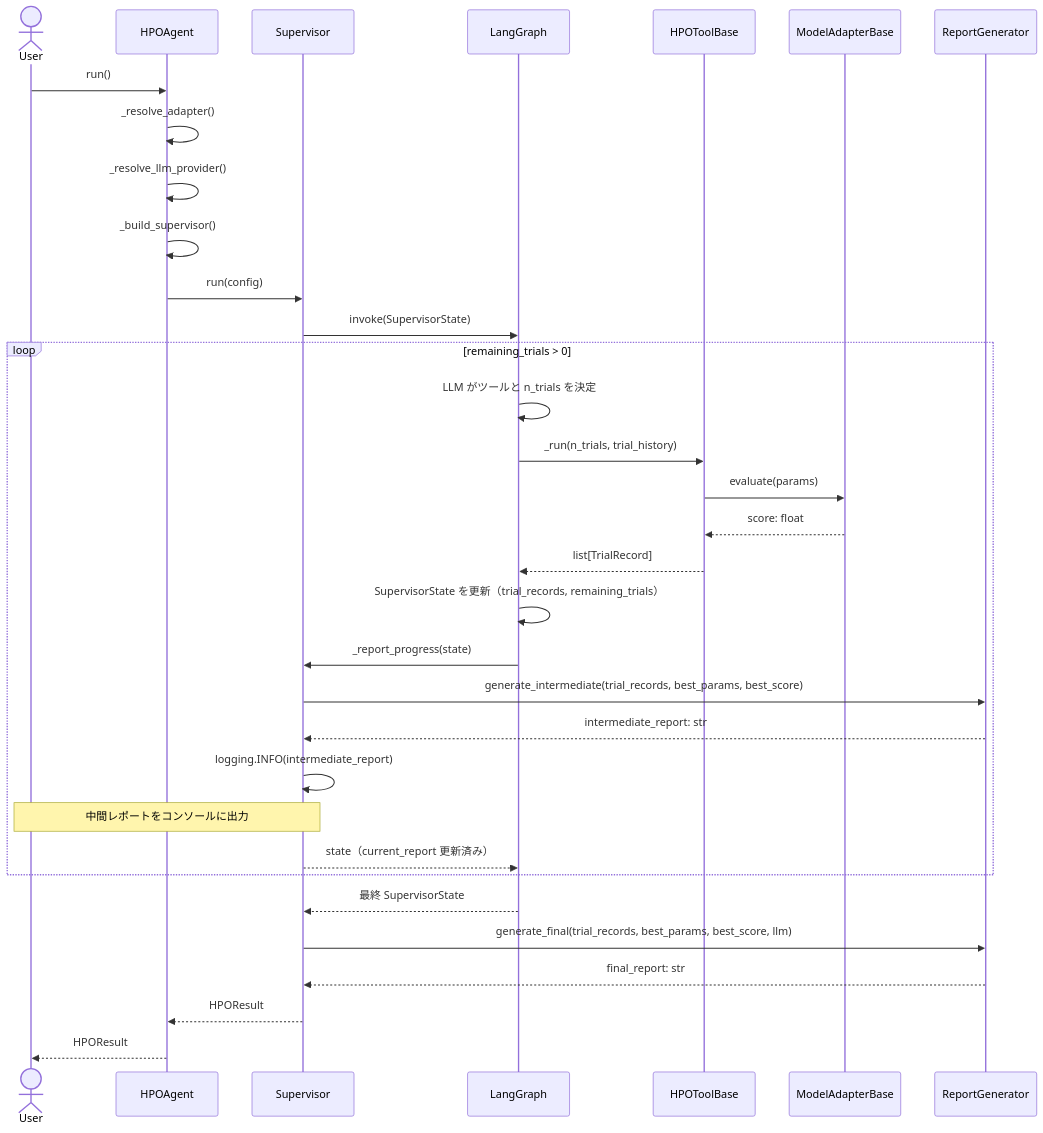
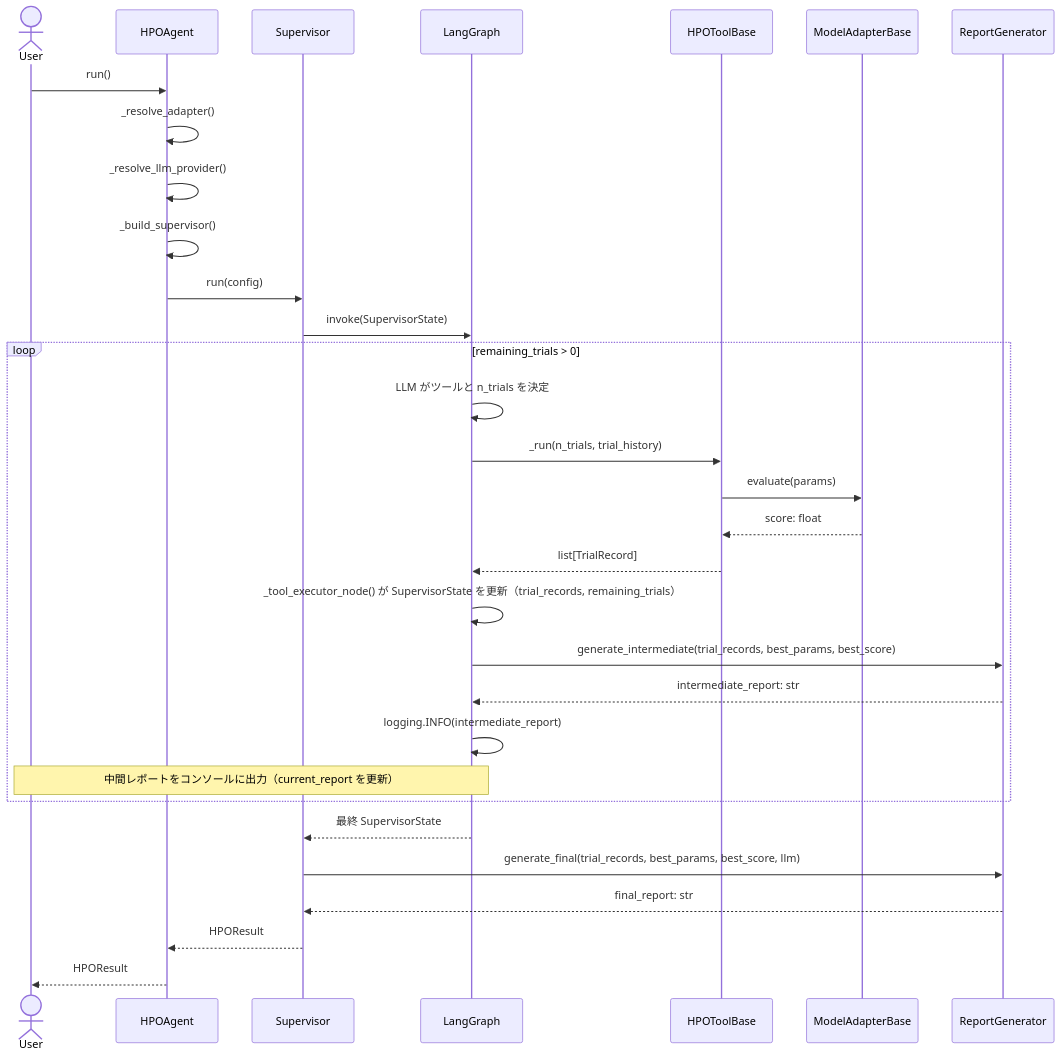
One commit to usha-takeshige/HPO-Agent changed the first of 3 diagrams in doc/impl_design.md. Above: the diagram before and after it, drawn with Mermaid. The commit also changed other lines of this file and 1 other file, not shown here.

Commit message:
docs: align impl/adapter design docs with actual implementation
- model_adapter_design.md §3-1: update param space resolution rule to
  reflect LLM auto-generation via HPOAgent._generate_param_space()
  instead of ModelAdapterBase.get_default_param_space()
- model_adapter_design.md §4-2: replace hardcoded 8-param default table
  with a note that LightGBMAdapter delegates to LLM auto-generation
- impl_design.md: replace non-existent _report_progress() method with
  actual _tool_executor_node() in class definition, sequence diagram,
  data flow diagram, Mermaid class diagram, and implementation notes

````diff
--- a/doc/impl_design.md
+++ b/doc/impl_design.md
@@ -555,38 +555,36 @@
 ```mermaid
 sequenceDiagram
     actor User
     participant HPOAgent
     participant Supervisor
     participant LangGraph
     participant HPOToolBase
     participant ModelAdapterBase
     participant ReportGenerator
 
     User->>HPOAgent: run()
     HPOAgent->>HPOAgent: _resolve_adapter()
     HPOAgent->>HPOAgent: _resolve_llm_provider()
     HPOAgent->>HPOAgent: _build_supervisor()
     HPOAgent->>Supervisor: run(config)
     Supervisor->>LangGraph: invoke(SupervisorState)
 
     loop remaining_trials > 0
         LangGraph->>LangGraph: LLM がツールと n_trials を決定
         LangGraph->>HPOToolBase: _run(n_trials, trial_history)
         HPOToolBase->>ModelAdapterBase: evaluate(params)
         ModelAdapterBase-->>HPOToolBase: score: float
         HPOToolBase-->>LangGraph: list[TrialRecord]
-        LangGraph->>LangGraph: SupervisorState を更新（trial_records, remaining_trials）
-        LangGraph->>Supervisor: _report_progress(state)
-        Supervisor->>ReportGenerator: generate_intermediate(trial_records, best_params, best_score)
-        ReportGenerator-->>Supervisor: intermediate_report: str
-        Supervisor->>Supervisor: logging.INFO(intermediate_report)
-        Note over Supervisor,User: 中間レポートをコンソールに出力
-        Supervisor-->>LangGraph: state（current_report 更新済み）
+        LangGraph->>LangGraph: _tool_executor_node() が SupervisorState を更新（trial_records, remaining_trials）
+        LangGraph->>ReportGenerator: generate_intermediate(trial_records, best_params, best_score)
+        ReportGenerator-->>LangGraph: intermediate_report: str
+        LangGraph->>LangGraph: logging.INFO(intermediate_report)
+        Note over LangGraph,User: 中間レポートをコンソールに出力（current_report を更新）
     end
 
     LangGraph-->>Supervisor: 最終 SupervisorState
     Supervisor->>ReportGenerator: generate_final(trial_records, best_params, best_score, llm)
     ReportGenerator-->>Supervisor: final_report: str
     Supervisor-->>HPOAgent: HPOResult
     HPOAgent-->>User: HPOResult
 ```
````
